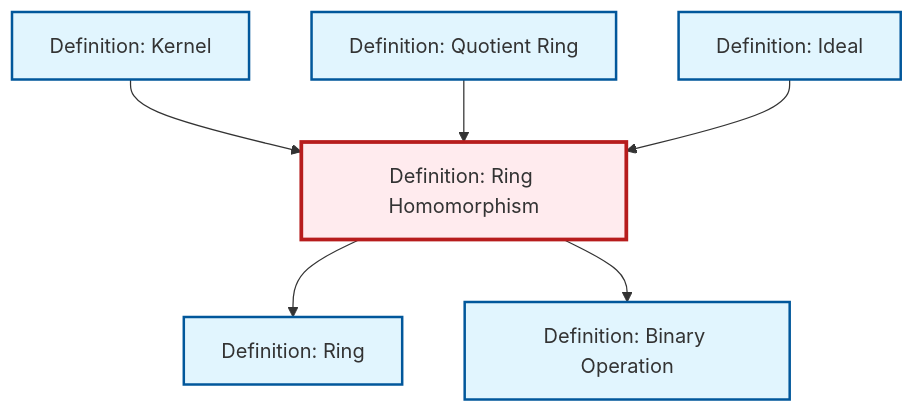
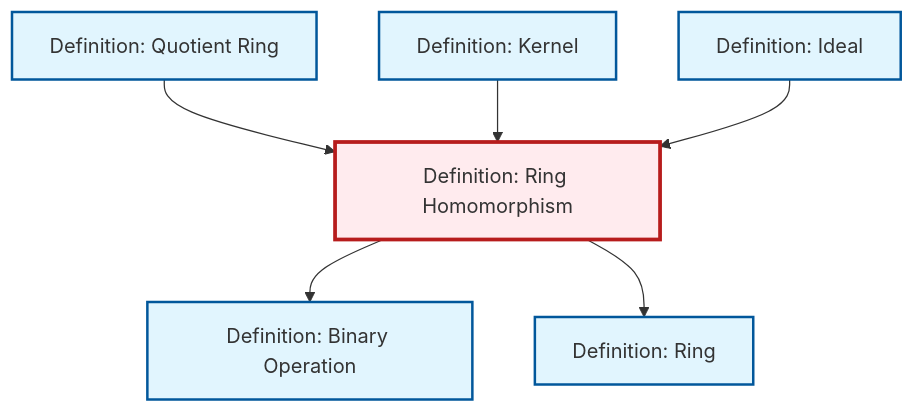
The diagram in content/ja/algebra/def-ring-homomorphism.qmd (RK0429/ModernMath), drawn with Mermaid before and after one commit. The commit also changed other lines of this file and 634 other files, not shown here.

````diff
--- a/content/ja/algebra/def-ring-homomorphism.qmd
+++ b/content/ja/algebra/def-ring-homomorphism.qmd
@@ -87,26 +87,26 @@
 ```{mermaid}
 %%| fig-cap: "Local dependency graph"
 graph TD
     classDef definition fill:#e1f5fe,stroke:#01579b,stroke-width:2px
     classDef theorem fill:#f3e5f5,stroke:#4a148c,stroke-width:2px
     classDef axiom fill:#fff3e0,stroke:#e65100,stroke-width:2px
     classDef example fill:#e8f5e9,stroke:#1b5e20,stroke-width:2px
     classDef current fill:#ffebee,stroke:#b71c1c,stroke-width:3px
+    def-quotient-ring["Definition: Quotient Ring"]:::definition
     def-binary-operation["Definition: Binary Operation"]:::definition
+    def-ring-homomorphism["Definition: Ring Homomorphism"]:::definition
+    def-ring["Definition: Ring"]:::definition
     def-kernel["Definition: Kernel"]:::definition
-    def-ring-homomorphism["Definition: Ring Homomorphism"]:::definition
     def-ideal["Definition: Ideal"]:::definition
-    def-quotient-ring["Definition: Quotient Ring"]:::definition
-    def-ring["Definition: Ring"]:::definition
+    def-quotient-ring --> def-ring-homomorphism
+    def-ring-homomorphism --> def-binary-operation
     def-kernel --> def-ring-homomorphism
     def-ring-homomorphism --> def-ring
-    def-ring-homomorphism --> def-binary-operation
-    def-quotient-ring --> def-ring-homomorphism
     def-ideal --> def-ring-homomorphism
     class def-ring-homomorphism current
+    click def-quotient-ring "def-quotient-ring.html" "Definition: Quotient Ringへ"
     click def-binary-operation "def-binary-operation.html" "Definition: Binary Operationへ"
+    click def-ring "def-ring.html" "Definition: Ringへ"
     click def-kernel "def-kernel.html" "Definition: Kernelへ"
     click def-ideal "def-ideal.html" "Definition: Idealへ"
-    click def-quotient-ring "def-quotient-ring.html" "Definition: Quotient Ringへ"
-    click def-ring "def-ring.html" "Definition: Ringへ"
 ```
````
